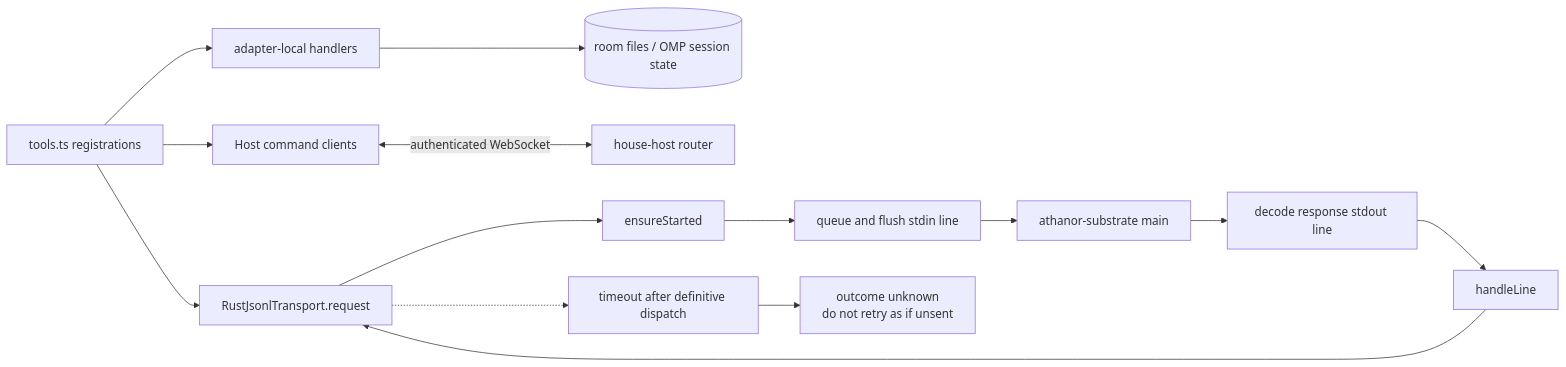
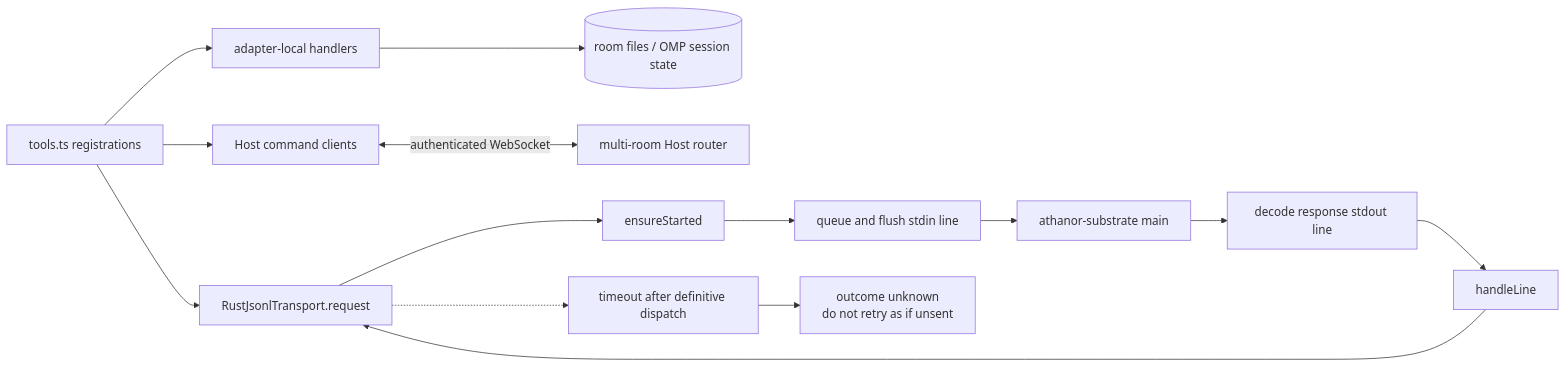
The sixth of 16 diagrams in docs/CODE_FLOW_MAP.md (solarisael/the-athanor), drawn with Mermaid before and after one commit. The commit also changed other lines of this file and 55 other files, not shown here.

First line of the commit message:
feat(app): athanor.exe owns one multi-room Host on one loopback listener

````diff
--- a/docs/CODE_FLOW_MAP.md
+++ b/docs/CODE_FLOW_MAP.md
@@ -300,19 +292,19 @@
 ```mermaid
 flowchart LR
     Tools["tools.ts registrations"] --> Local["adapter-local handlers"]
     Tools --> HostClient["Host command clients"]
     Tools --> RT["RustJsonlTransport.request"]
 
     Local --> Files[("room files / OMP session state")]
-    HostClient <-->|"authenticated WebSocket"| Host["house-host router"]
+    HostClient <-->|"authenticated WebSocket"| Host["multi-room Host router"]
 
     RT --> Ensure["ensureStarted"]
     Ensure --> Queue["queue and flush stdin line"]
     Queue --> Main["athanor-substrate main"]
     Main --> Decode["decode response stdout line"]
     Decode --> Handle["handleLine"]
     Handle --> RT
 
     Timeout["timeout after definitive dispatch"] --> Unknown["outcome unknown<br/>do not retry as if unsent"]
     RT -.-> Timeout
 ```
````
